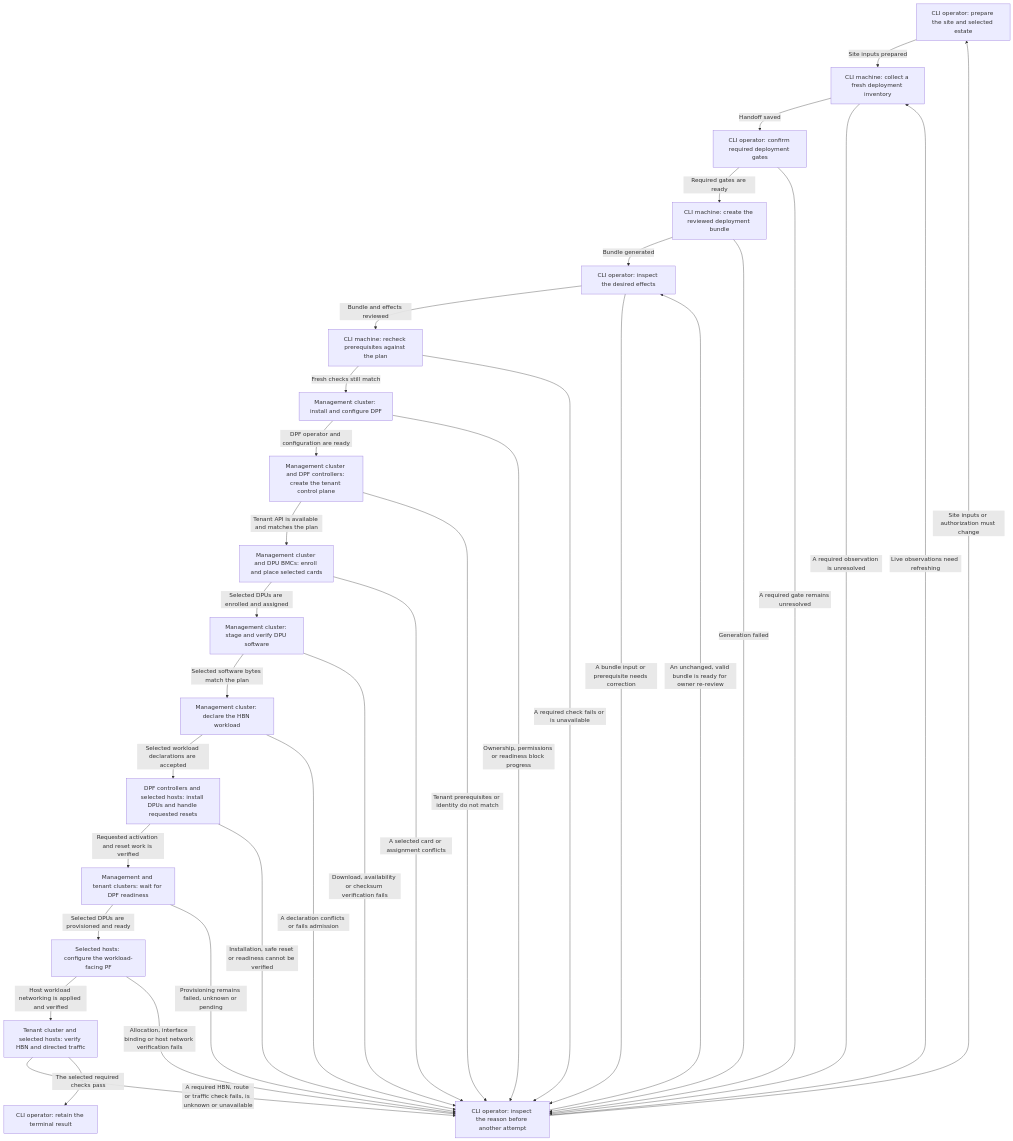
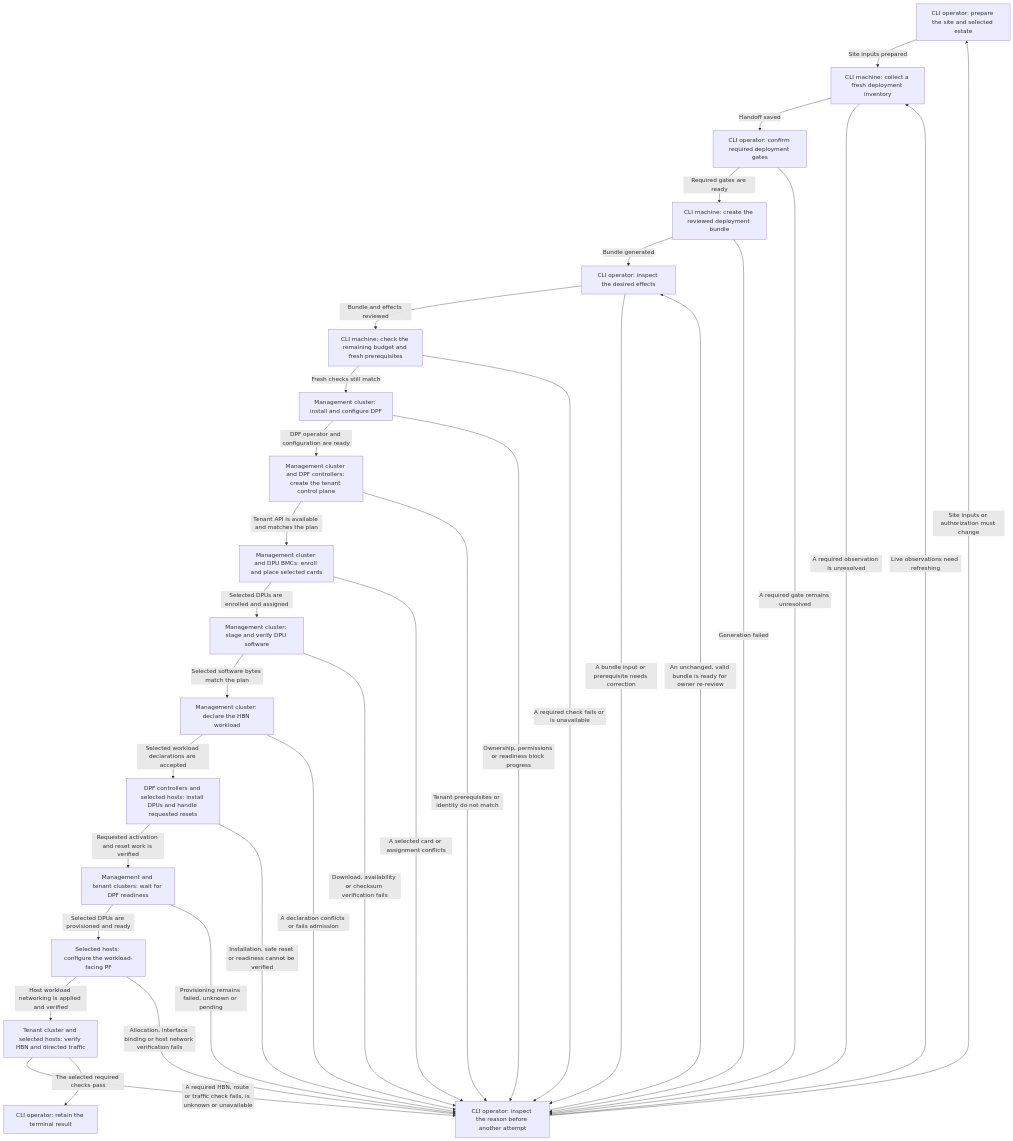
One commit to NVIDIA/k8s-launch-kit changed the seventh of 7 diagrams in docs/user/dpf-workflows.md. Above: the diagram before and after it, drawn with Mermaid. The commit also changed other lines of this file and 22 other files, not shown here.

````diff
--- a/docs/user/dpf-workflows.md
+++ b/docs/user/dpf-workflows.md
@@ -503,52 +507,52 @@
 ```mermaid
 flowchart TD
   n1["CLI operator: prepare the site and selected estate"]
   n2["CLI machine: collect a fresh deployment inventory"]
   n3["CLI operator: confirm required deployment gates"]
   n4["CLI machine: create the reviewed deployment bundle"]
   n5["CLI operator: inspect the desired effects"]
-  n6["CLI machine: recheck prerequisites against the plan"]
+  n6["CLI machine: check the remaining budget and fresh prerequisites"]
   n7["Management cluster: install and configure DPF"]
   n8["Management cluster and DPF controllers: create the tenant control plane"]
   n9["Management cluster and DPU BMCs: enroll and place selected cards"]
   n10["Management cluster: stage and verify DPU software"]
   n11["Management cluster: declare the HBN workload"]
   n12["DPF controllers and selected hosts: install DPUs and handle requested resets"]
   n13["Management and tenant clusters: wait for DPF readiness"]
   n14["Selected hosts: configure the workload-facing PF"]
   n15["Tenant cluster and selected hosts: verify HBN and directed traffic"]
   n16["CLI operator: retain the terminal result"]
   n17["CLI operator: inspect the reason before another attempt"]
   n1 -->|"Site inputs prepared"| n2
   n2 -->|"Handoff saved"| n3
   n2 -->|"A required observation is unresolved"| n17
   n3 -->|"Required gates are ready"| n4
   n3 -->|"A required gate remains unresolved"| n17
   n4 -->|"Bundle generated"| n5
   n4 -->|"Generation failed"| n17
   n5 -->|"Bundle and effects reviewed"| n6
   n5 -->|"A bundle input or prerequisite needs correction"| n17
   n6 -->|"Fresh checks still match"| n7
   n6 -->|"A required check fails or is unavailable"| n17
   n7 -->|"DPF operator and configuration are ready"| n8
   n7 -->|"Ownership, permissions or readiness block progress"| n17
   n8 -->|"Tenant API is available and matches the plan"| n9
   n8 -->|"Tenant prerequisites or identity do not match"| n17
   n9 -->|"Selected DPUs are enrolled and assigned"| n10
   n9 -->|"A selected card or assignment conflicts"| n17
   n10 -->|"Selected software bytes match the plan"| n11
   n10 -->|"Download, availability or checksum verification fails"| n17
   n11 -->|"Selected workload declarations are accepted"| n12
   n11 -->|"A declaration conflicts or fails admission"| n17
   n12 -->|"Requested activation and reset work is verified"| n13
   n12 -->|"Installation, safe reset or readiness cannot be verified"| n17
   n13 -->|"Selected DPUs are provisioned and ready"| n14
   n13 -->|"Provisioning remains failed, unknown or pending"| n17
   n14 -->|"Host workload networking is applied and verified"| n15
   n14 -->|"Allocation, interface binding or host network verification fails"| n17
   n15 -->|"A required HBN, route or traffic check fails, is unknown or unavailable"| n17
   n15 -->|"The selected required checks pass"| n16
   n17 -->|"Site inputs or authorization must change"| n1
   n17 -->|"Live observations need refreshing"| n2
   n17 -->|"An unchanged, valid bundle is ready for owner re-review"| n5
 ```
````
